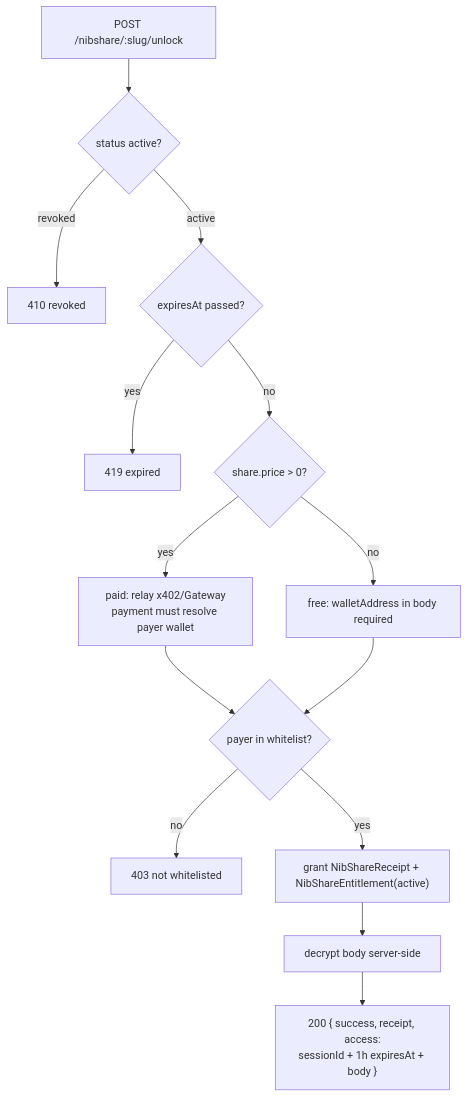
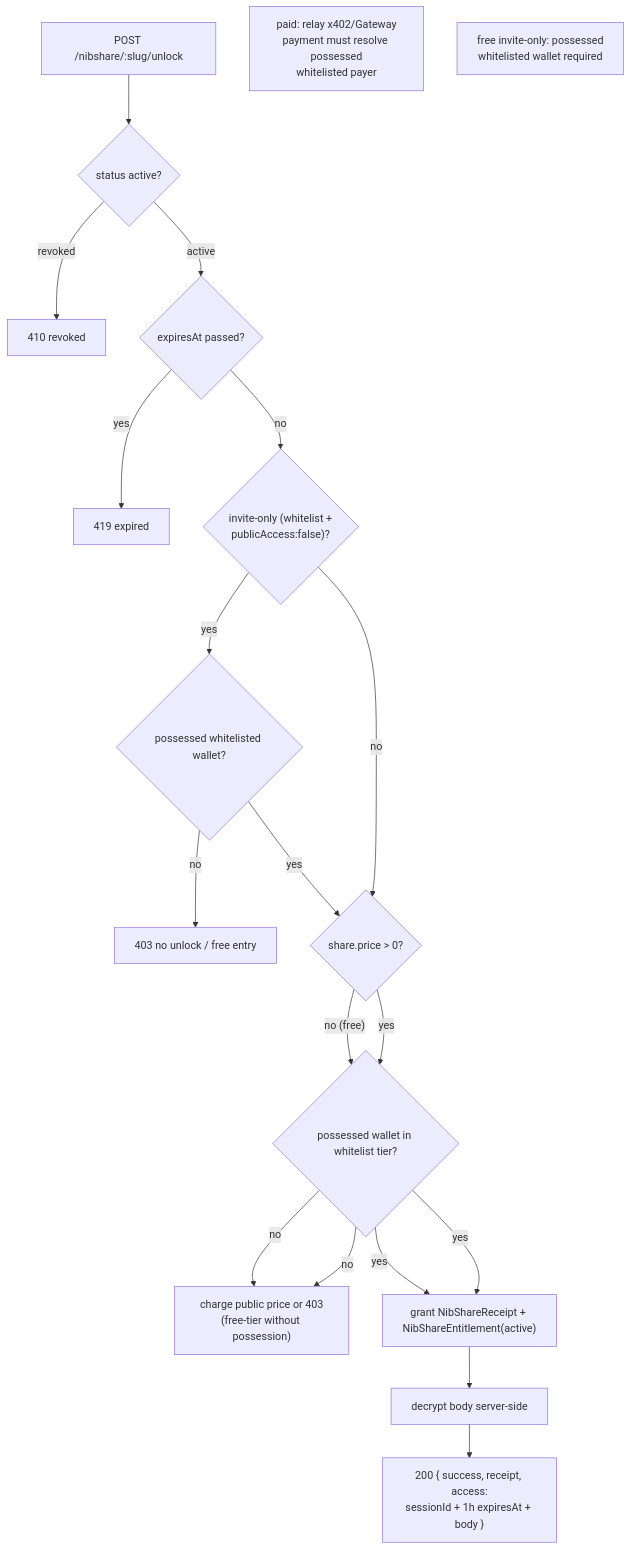
One commit to fortunesayspump/nibgate changed the fifth of 6 diagrams in docs/src/app/nibshare/page.mdx. Above: the diagram before and after it, drawn with Mermaid. The commit also changed other lines of this file and 49 other files, not shown here.

````diff
--- a/docs/src/app/nibshare/page.mdx
+++ b/docs/src/app/nibshare/page.mdx
@@ -219,26 +237,36 @@
 ```mermaid
 flowchart TD
     U["POST /nibshare/:slug/unlock"]
     S{"status active?"}
     R["410 revoked"]
     E{"expiresAt passed?"}
     X["419 expired"]
+    IO{"invite-only (whitelist +<br/>publicAccess:false)?"}
+    IOCHK{"possessed whitelisted wallet?"}
+    IOF["403 no unlock / free entry"]
     P{"share.price > 0?"}
-    PA["paid: relay x402/Gateway<br/>payment must resolve payer wallet"]
-    PF["free: walletAddress in body required"]
-    W{"payer in whitelist?"}
-    WF["403 not whitelisted"]
+    PA["paid: relay x402/Gateway<br/>payment must resolve possessed<br/>whitelisted payer"]
+    PF["free invite-only: possessed<br/>whitelisted wallet required"]
+    W{"possessed wallet in whitelist tier?"}
+    WF["charge public price or 403<br/>(free-tier without possession)"]
     G["grant NibShareReceipt + NibShareEntitlement(active)"]
     D["decrypt body server-side"]
     OK["200 { success, receipt, access:<br/>sessionId + 1h expiresAt + body }"]
 
     U --> S
     S -- revoked --> R
     S -- active --> E
     E -- yes --> X
-    E -- no --> P
-    P -- yes --> PA --> W
-    P -- no --> PF --> W
+    E -- no --> IO
+    IO -- yes --> IOCHK
+    IOCHK -- no --> IOF
+    IOCHK -- yes --> P
+    IO -- no --> P
+    P -- no (free) --> W
     W -- no --> WF
-    W -- yes --> G --> D --> OK
+    W -- yes --> G
+    P -- yes --> W
+    W -- yes --> G
+    W -- no --> WF
+    G --> D --> OK
 ```
````
